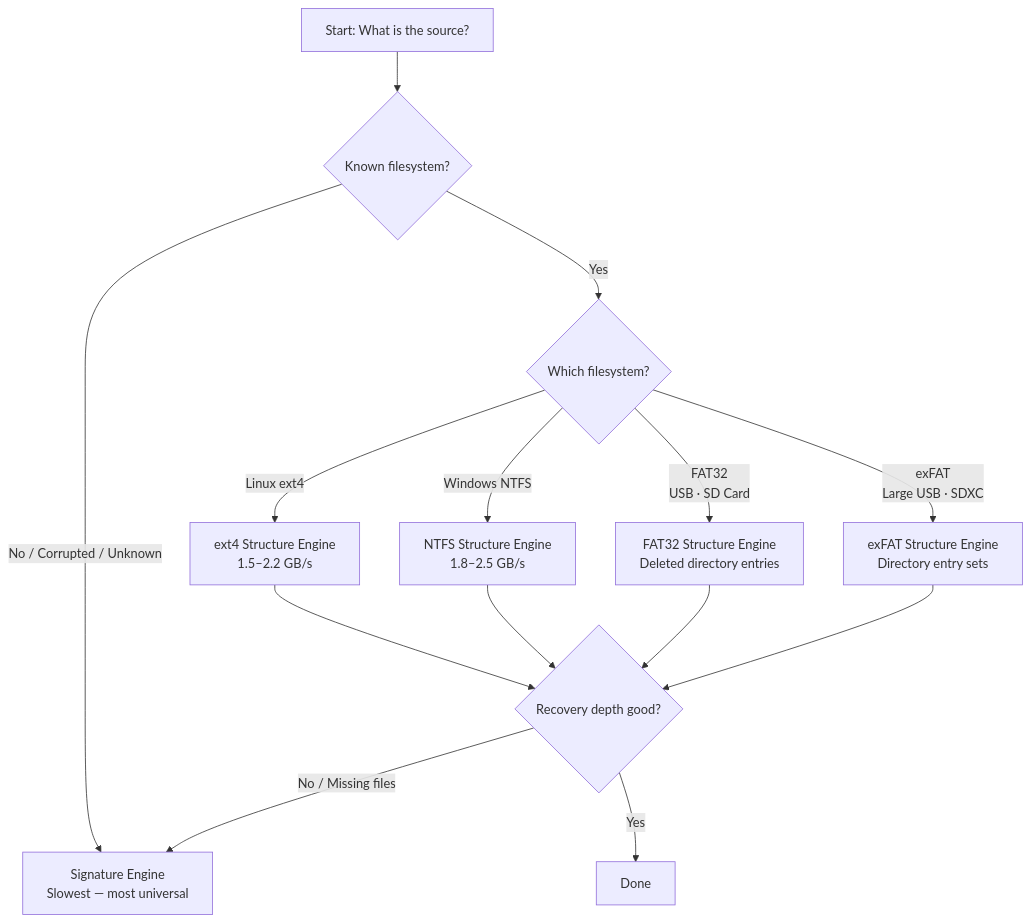
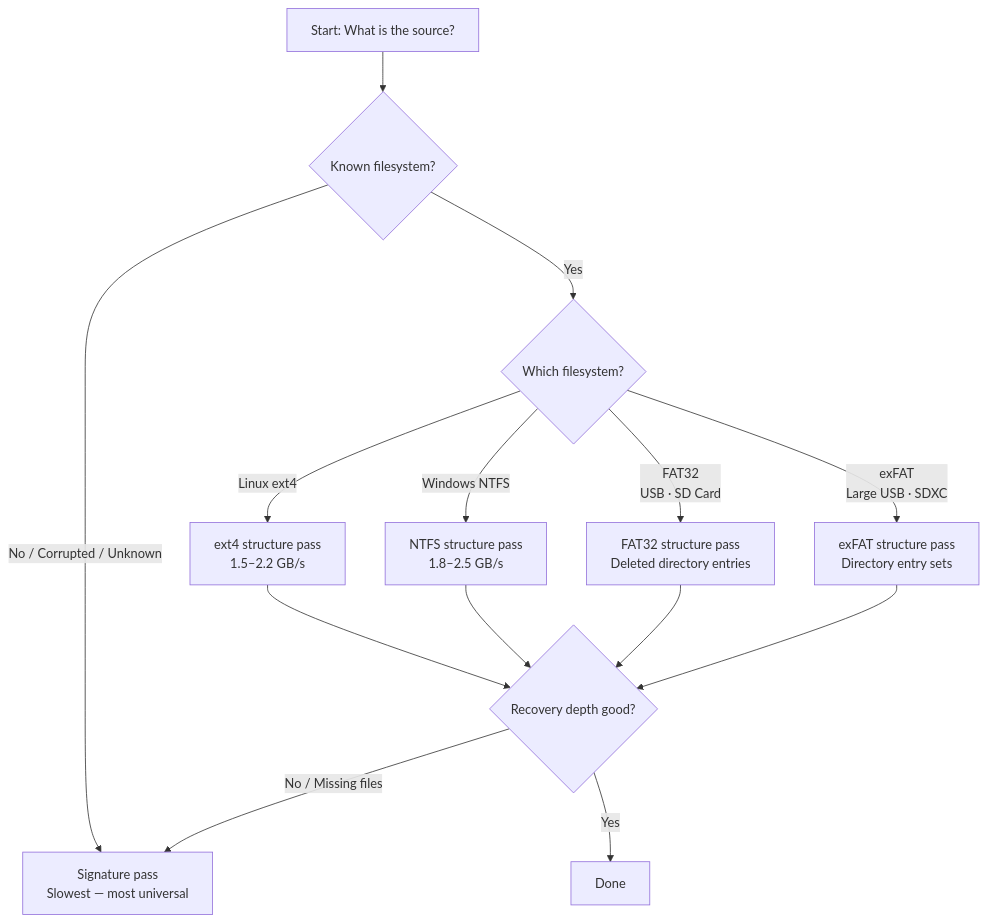
Before and after one commit to kartik2005221/s0: the first of 2 diagrams in docs/guides/forensic-carving.md, drawn with Mermaid. The commit also changed other lines of this file and 24 other files, not shown here.

````diff
--- a/docs/guides/forensic-carving.md
+++ b/docs/guides/forensic-carving.md
@@ -199,16 +207,16 @@
 ```mermaid
 flowchart TD
     A[Start: What is the source?] --> B{Known filesystem?}
-    B -- No / Corrupted / Unknown --> SIG["Signature Engine\nSlowest — most universal"]
+    B -- No / Corrupted / Unknown --> SIG["Signature pass\nSlowest — most universal"]
     B -- Yes --> C{Which filesystem?}
-    C -- Linux ext4 --> EXT4["ext4 Structure Engine\n1.5–2.2 GB/s"]
-    C -- Windows NTFS --> NTFS["NTFS Structure Engine\n1.8–2.5 GB/s"]
-    C -- "FAT32\nUSB · SD Card" --> FAT["FAT32 Structure Engine\nDeleted directory entries"]
-    C -- "exFAT\nLarge USB · SDXC" --> EXFAT["exFAT Structure Engine\nDirectory entry sets"]
+    C -- Linux ext4 --> EXT4["ext4 structure pass\n1.5–2.2 GB/s"]
+    C -- Windows NTFS --> NTFS["NTFS structure pass\n1.8–2.5 GB/s"]
+    C -- "FAT32\nUSB · SD Card" --> FAT["FAT32 structure pass\nDeleted directory entries"]
+    C -- "exFAT\nLarge USB · SDXC" --> EXFAT["exFAT structure pass\nDirectory entry sets"]
     EXT4 --> D{Recovery depth good?}
     NTFS --> D
     FAT --> D
     EXFAT --> D
     D -- Yes --> DONE[Done]
     D -- No / Missing files --> SIG
 ```
````
